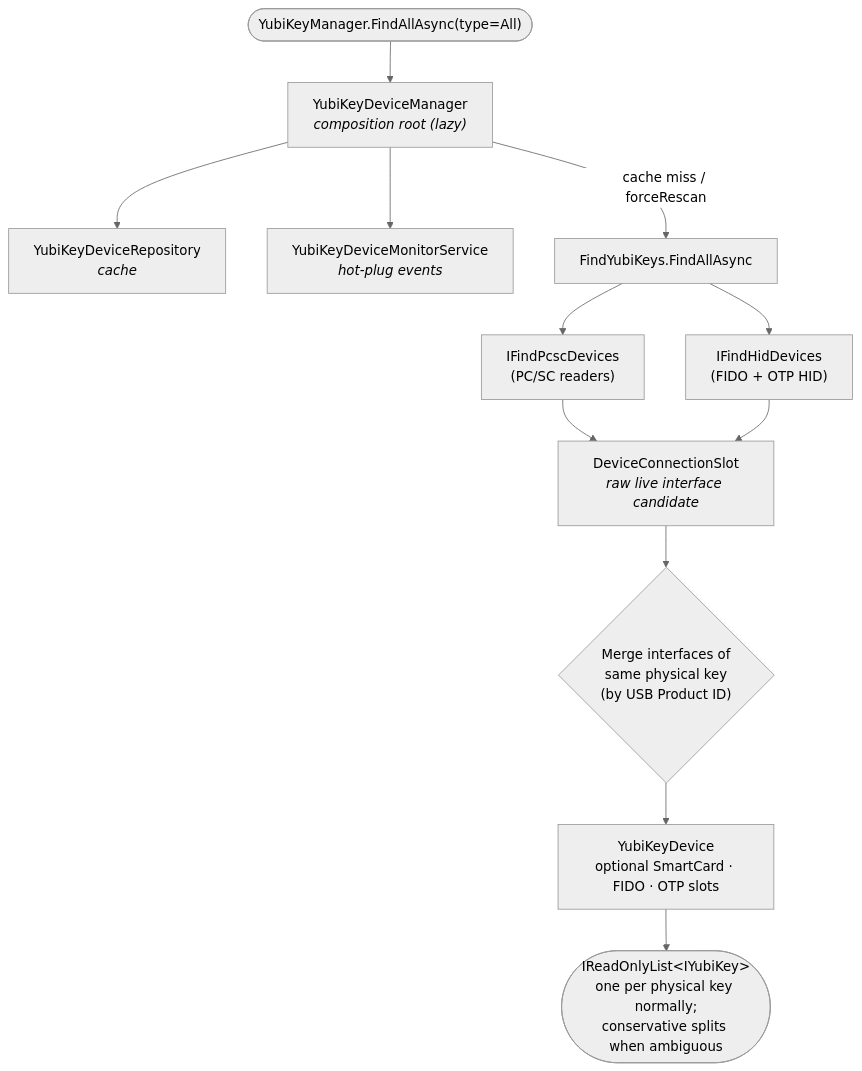
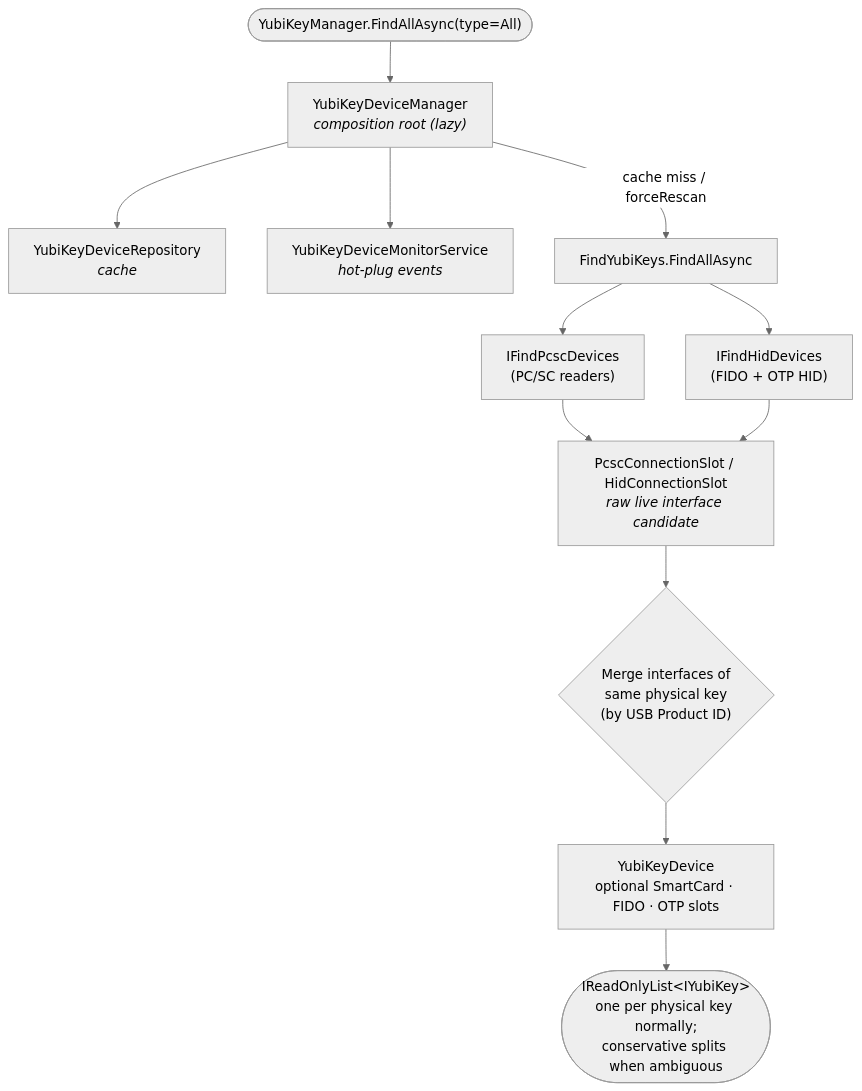
One commit to Yubico/Yubico.NET.SDK changed the sixth of 7 diagrams in docs/architecture/sdk-architecture-diagrams.md. Above: the diagram before and after it, drawn with Mermaid (neutral theme). The commit also changed other lines of this file and 15 other files, not shown here.

First line of the commit message:
refactor(core): split DeviceConnectionSlot per transport and pin device lifetime

````diff
--- a/docs/architecture/sdk-architecture-diagrams.md
+++ b/docs/architecture/sdk-architecture-diagrams.md
@@ -287,29 +287,29 @@
 ```mermaid
 flowchart TD
     Start(["YubiKeyManager.FindAllAsync(type=All)"])
     Mgr["YubiKeyDeviceManager<br/><i>composition root (lazy)</i>"]
     Repo["YubiKeyDeviceRepository<br/><i>cache</i>"]
     Mon["YubiKeyDeviceMonitorService<br/><i>hot-plug events</i>"]
     Find["FindYubiKeys.FindAllAsync"]
 
     FPcsc["IFindPcscDevices<br/>(PC/SC readers)"]
     FHid["IFindHidDevices<br/>(FIDO + OTP HID)"]
     Merge{"Merge interfaces of<br/>same physical key<br/>(by USB Product ID)"}
 
-    Slot["DeviceConnectionSlot<br/><i>raw live interface candidate</i>"]
+    Slot["PcscConnectionSlot / HidConnectionSlot<br/><i>raw live interface candidate</i>"]
     Flat["YubiKeyDevice<br/>optional SmartCard · FIDO · OTP slots"]
 
     Result(["IReadOnlyList&lt;IYubiKey&gt;<br/>one per physical key normally;<br/>conservative splits when ambiguous"])
 
     Start --> Mgr
     Mgr --> Repo
     Mgr --> Mon
     Mgr -->|cache miss / forceRescan| Find
     Find --> FPcsc
     Find --> FHid
     FPcsc --> Slot
     FHid --> Slot
     Slot --> Merge
     Merge --> Flat
     Flat --> Result
 ```
````
